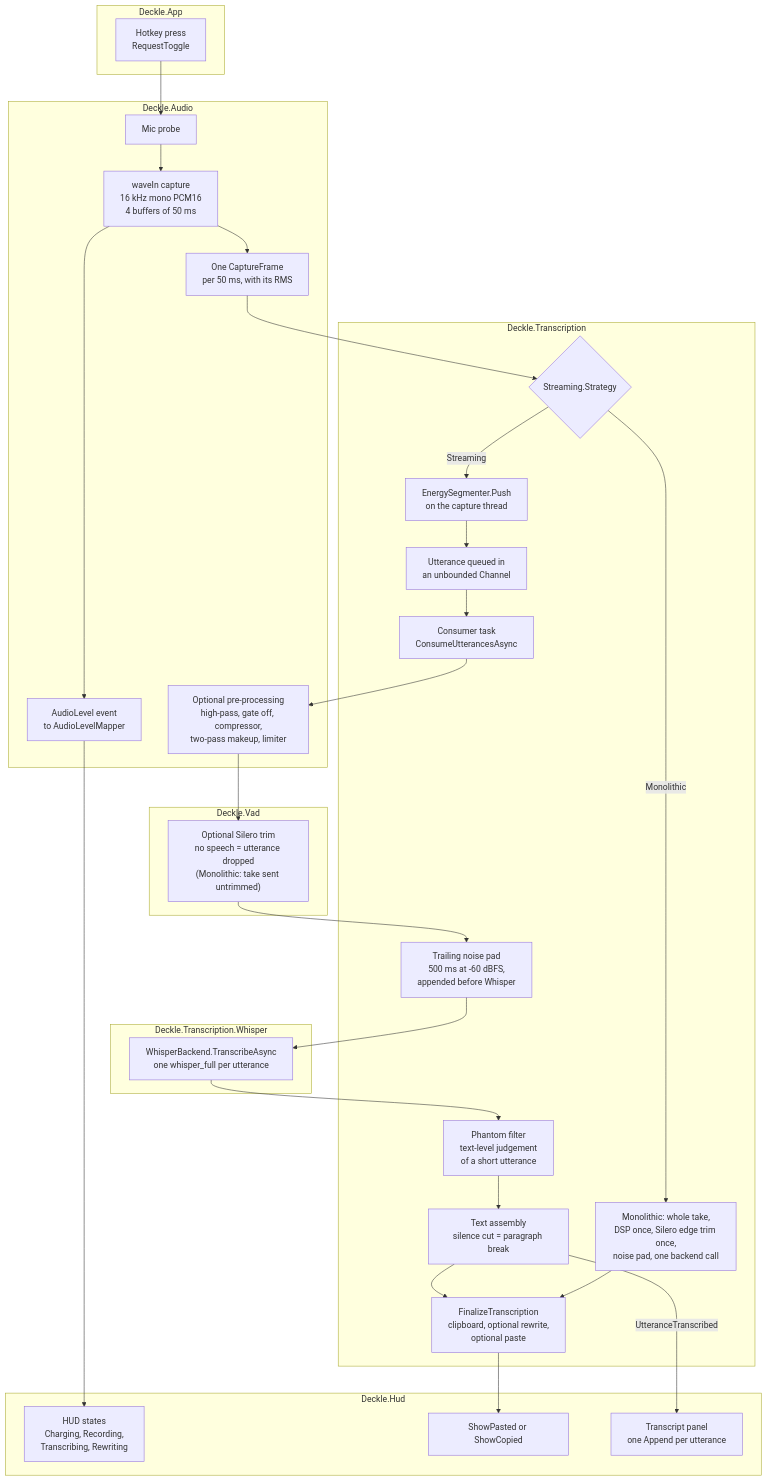
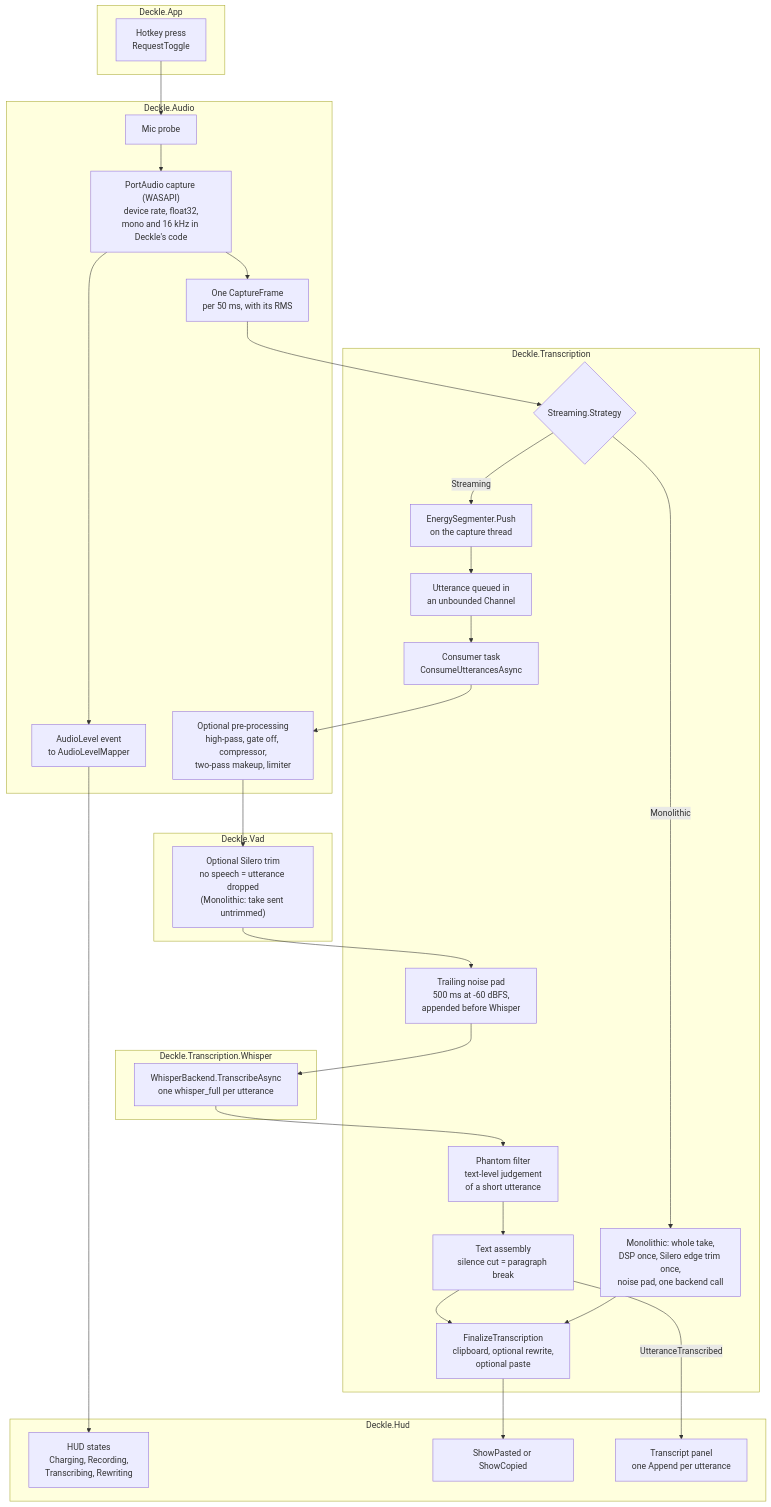
One commit to louisfifre/deckle changed the first of 3 diagrams in docs/transcription-audio-chain.md. Above: the diagram before and after it, drawn with Mermaid. The commit also changed other lines of this file, not shown here.

Commit message:
docs(audio): describe the PortAudio capture in the audio chain

````diff
--- a/docs/transcription-audio-chain.md
+++ b/docs/transcription-audio-chain.md
@@ -36,48 +36,48 @@
 ```mermaid
 flowchart TD
     subgraph APP["Deckle.App"]
         HK["Hotkey press<br/>RequestToggle"]
     end
 
     subgraph AUDIO["Deckle.Audio"]
         PROBE["Mic probe"]
-        CAP["waveIn capture<br/>16 kHz mono PCM16<br/>4 buffers of 50 ms"]
+        CAP["PortAudio capture (WASAPI)<br/>device rate, float32,<br/>mono and 16 kHz in Deckle's code"]
         FRAME["One CaptureFrame<br/>per 50 ms, with its RMS"]
         LEVEL["AudioLevel event<br/>to AudioLevelMapper"]
         DSP["Optional pre-processing<br/>high-pass, gate off, compressor,<br/>two-pass makeup, limiter"]
     end
 
     subgraph TRANS["Deckle.Transcription"]
         FORK{"Streaming.Strategy"}
         SEG["EnergySegmenter.Push<br/>on the capture thread"]
         CHAN["Utterance queued in<br/>an unbounded Channel"]
         CONS["Consumer task<br/>ConsumeUtterancesAsync"]
         PAD["Trailing noise pad<br/>500 ms at -60 dBFS,<br/>appended before Whisper"]
         PHANTOM["Phantom filter<br/>text-level judgement<br/>of a short utterance"]
         ASSEMBLE["Text assembly<br/>silence cut = paragraph break"]
         MONO["Monolithic: whole take,<br/>DSP once, Silero edge trim once,<br/>noise pad, one backend call"]
         FIN["FinalizeTranscription<br/>clipboard, optional rewrite,<br/>optional paste"]
     end
 
     subgraph VAD["Deckle.Vad"]
         TRIM["Optional Silero trim<br/>no speech = utterance dropped<br/>(Monolithic: take sent untrimmed)"]
     end
 
     subgraph WHISPER["Deckle.Transcription.Whisper"]
         ASR["WhisperBackend.TranscribeAsync<br/>one whisper_full per utterance"]
     end
 
     subgraph HUDM["Deckle.Hud"]
         HUD["HUD states<br/>Charging, Recording,<br/>Transcribing, Rewriting"]
         OUT["ShowPasted or ShowCopied"]
         PANEL["Transcript panel<br/>one Append per utterance"]
     end
 
     HK --> PROBE --> CAP --> FRAME --> FORK
     CAP --> LEVEL --> HUD
     FORK -- Streaming --> SEG --> CHAN --> CONS
     CONS --> DSP --> TRIM --> PAD --> ASR --> PHANTOM --> ASSEMBLE --> FIN
     ASSEMBLE -- UtteranceTranscribed --> PANEL
     FORK -- Monolithic --> MONO --> FIN
     FIN --> OUT
 ```
````
